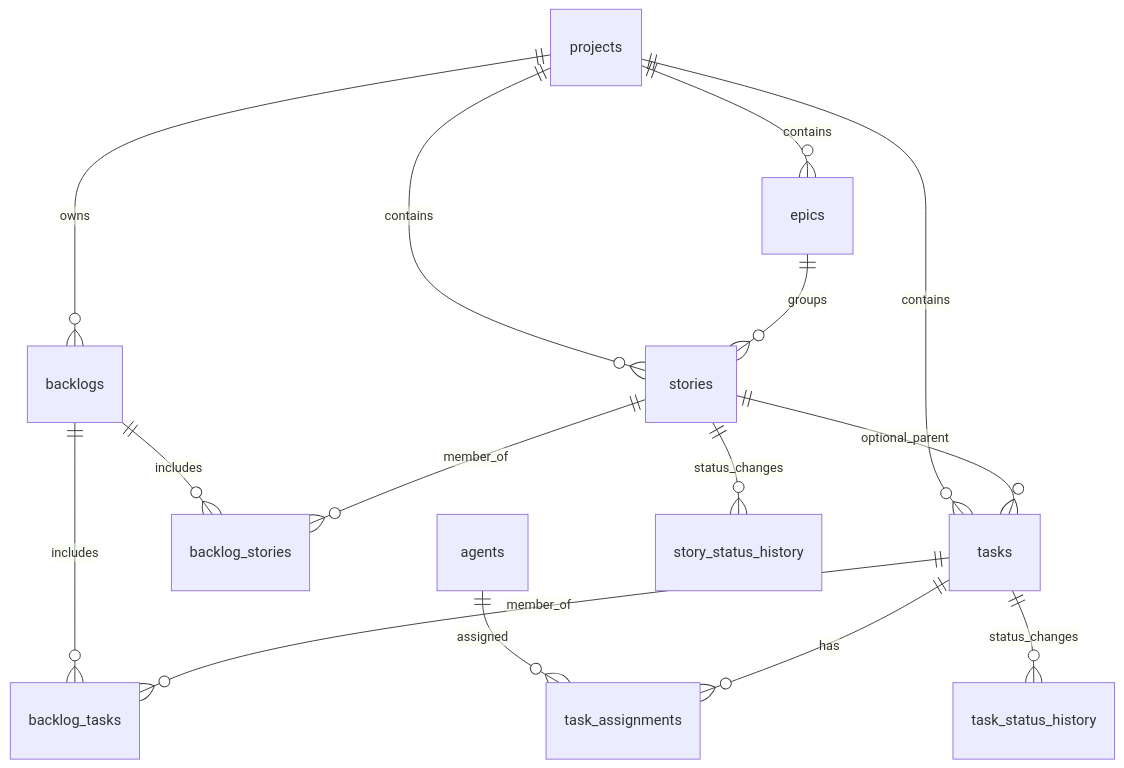
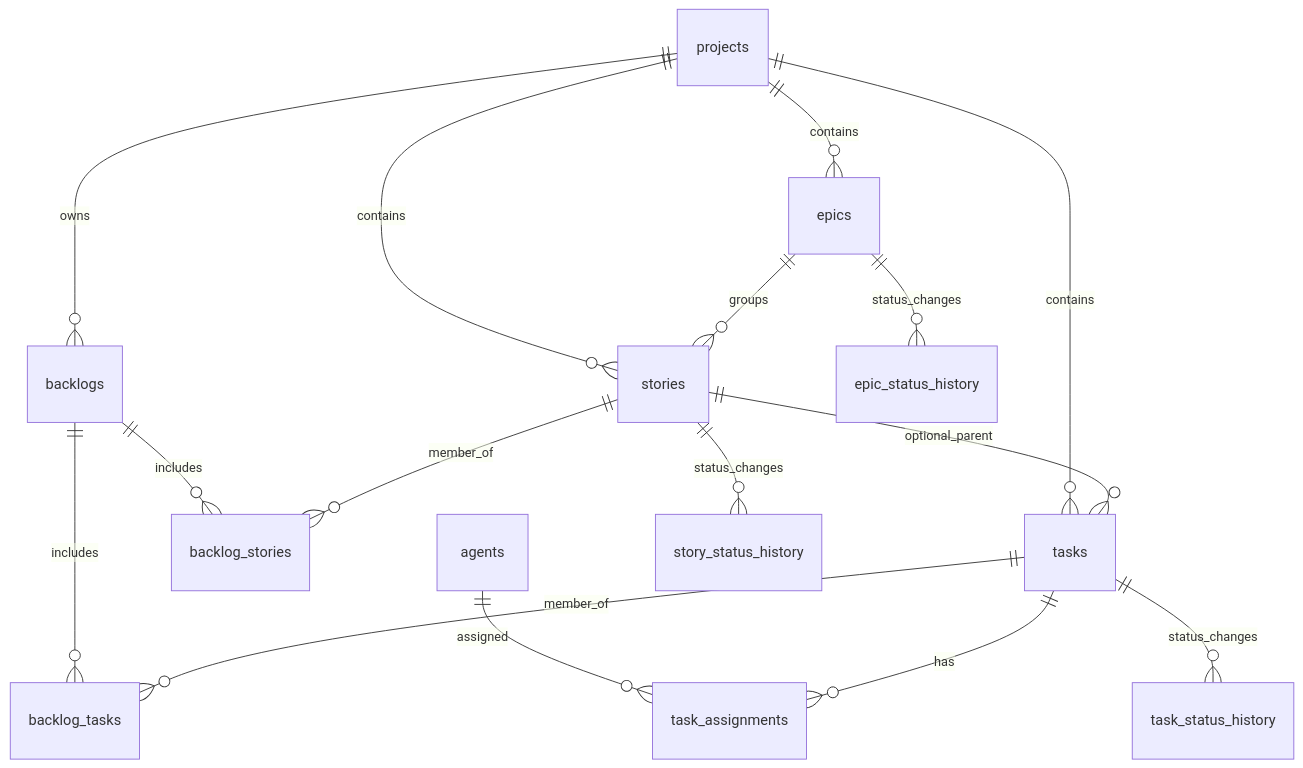
The diagram in docs/ENTITY_MODEL_V1.md (JakubParol/YagaAi-Mission-Control), drawn with Mermaid before and after one commit. The commit also changed other lines of this file and 2 other files, not shown here.

````diff
--- a/docs/ENTITY_MODEL_V1.md
+++ b/docs/ENTITY_MODEL_V1.md
@@ -300,22 +327,23 @@
 ```mermaid
 erDiagram
   projects ||--o{ epics : contains
   projects ||--o{ stories : contains
   projects ||--o{ tasks : contains
   projects ||--o{ backlogs : owns
 
   epics ||--o{ stories : groups
   stories ||--o{ tasks : optional_parent
 
   backlogs ||--o{ backlog_stories : includes
   stories ||--o{ backlog_stories : member_of
 
   backlogs ||--o{ backlog_tasks : includes
   tasks ||--o{ backlog_tasks : member_of
 
   agents ||--o{ task_assignments : assigned
   tasks ||--o{ task_assignments : has
 
+  epics ||--o{ epic_status_history : status_changes
   stories ||--o{ story_status_history : status_changes
   tasks ||--o{ task_status_history : status_changes
 ```
````
